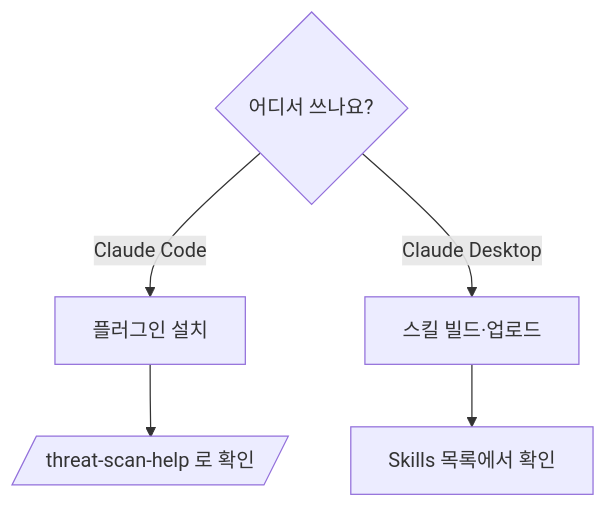
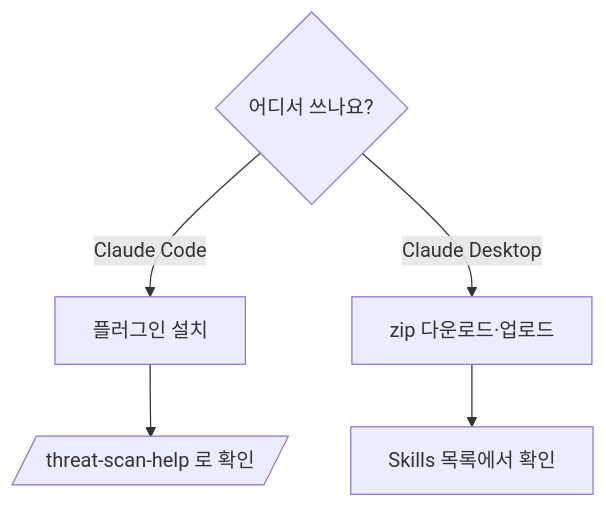
The diagram in INSTALLATION.md (bosong2/Threat-Scan-Security), drawn with Mermaid before and after one commit. The commit also changed other lines of this file, not shown here.

````diff
--- a/INSTALLATION.md
+++ b/INSTALLATION.md
@@ -10,7 +10,7 @@
 ```mermaid
 flowchart TD
   Q{어디서 쓰나요?} -->|Claude Code| CC[플러그인 설치]
-  Q -->|Claude Desktop| CD[스킬 빌드·업로드]
+  Q -->|Claude Desktop| CD[zip 다운로드·업로드]
   CC --> CCV[/threat-scan-help 로 확인/]
   CD --> CDV[Skills 목록에서 확인]
 ```
````
